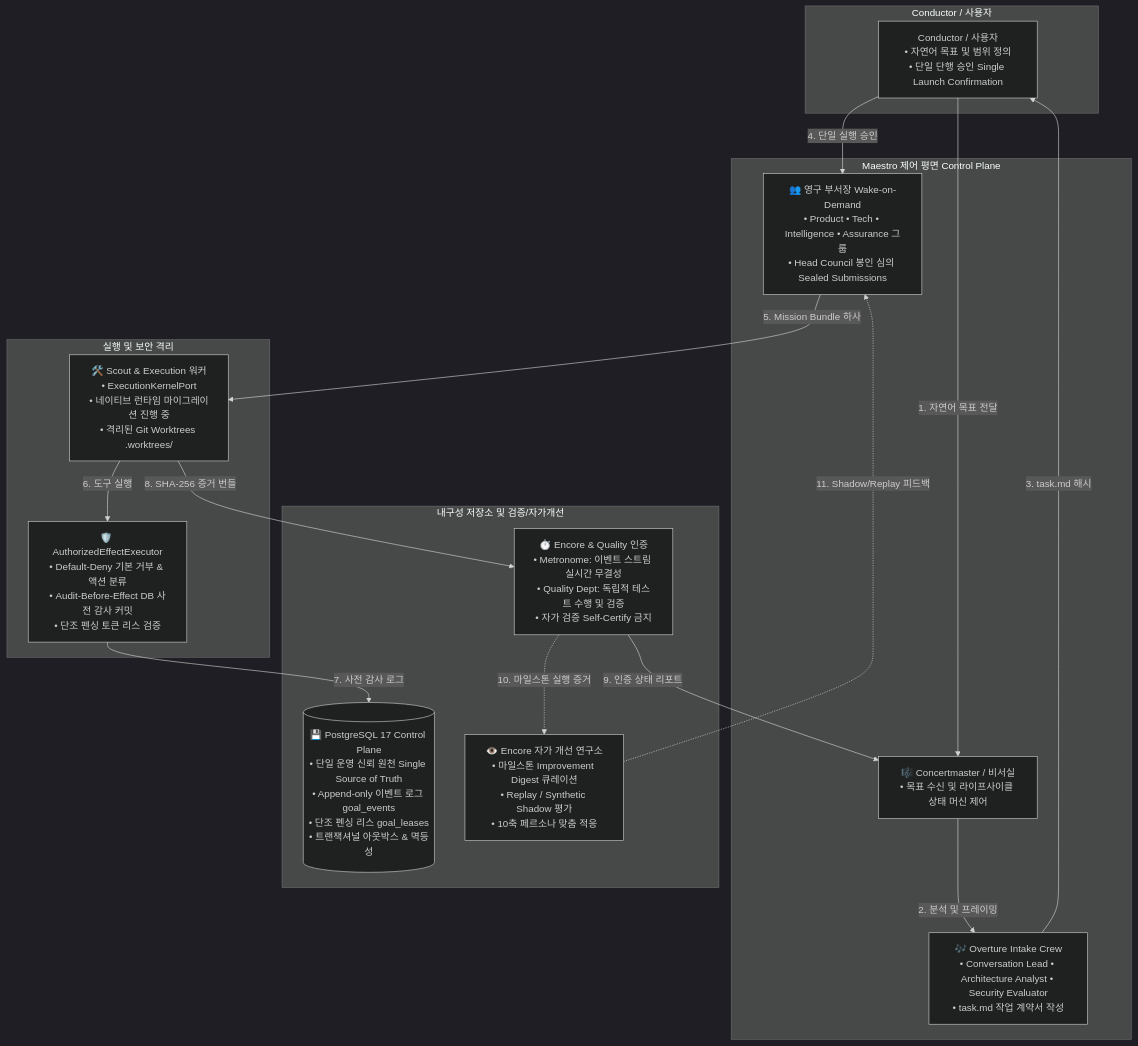
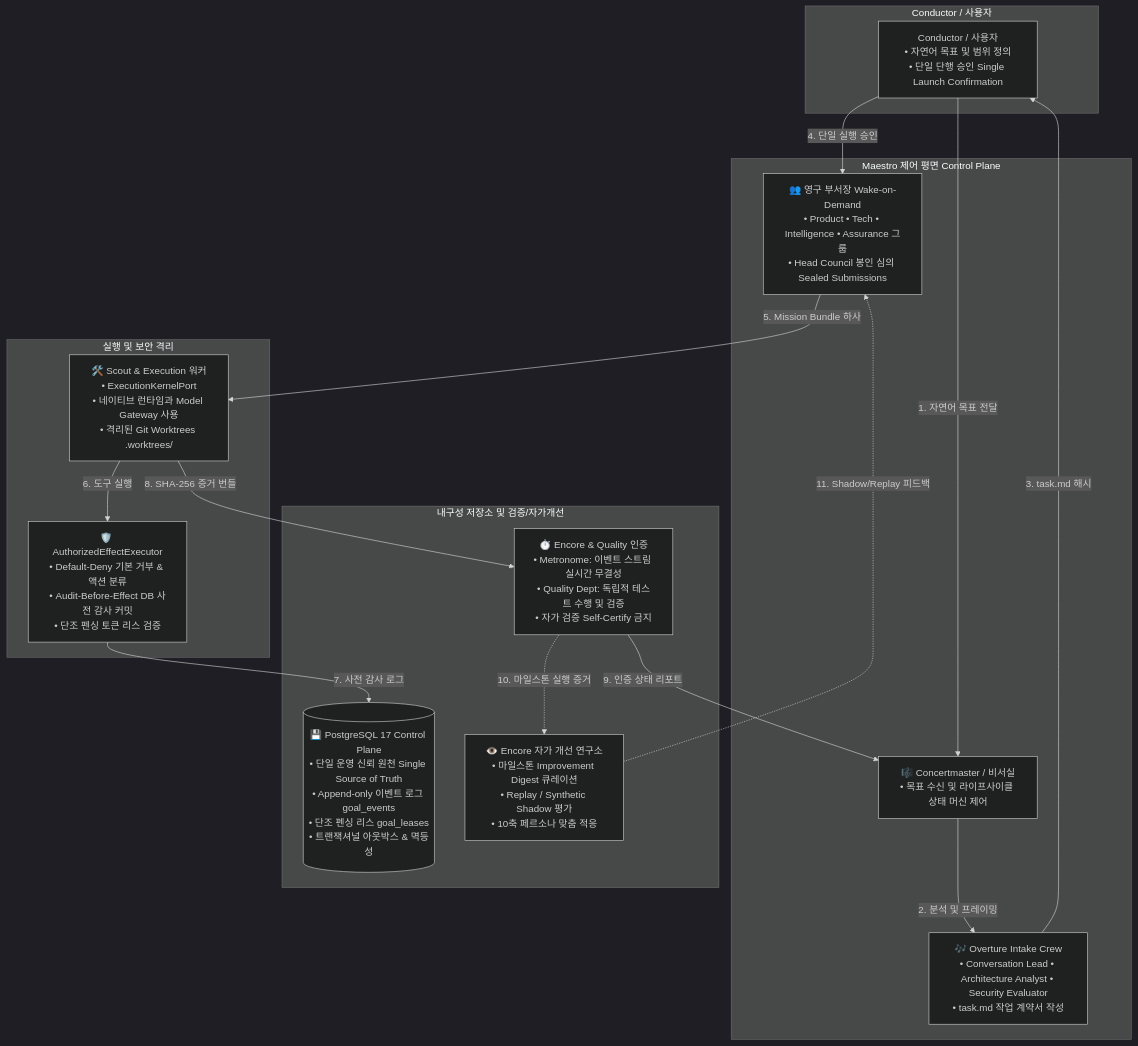
The diagram in docs/ko/01-system-overview.md (noth3dev/maestro), drawn with Mermaid (dark theme) before and after one commit. The commit also changed other lines of this file and 35 other files, not shown here.

````diff
--- a/docs/ko/01-system-overview.md
+++ b/docs/ko/01-system-overview.md
@@ -7,35 +7,35 @@
 ```mermaid
 flowchart TD
     subgraph UserLayer [Conductor / 사용자]
         CONDUCTOR[Conductor / 사용자<br/>• 자연어 목표 및 범위 정의<br/>• 단일 단행 승인 Single Launch Confirmation]
     end
 
     subgraph ControlPlaneLayer [Maestro 제어 평면 Control Plane]
         CONCERTMASTER[🎼 Concertmaster / 비서실<br/>• 목표 수신 및 라이프사이클 상태 머신 제어]
         OVERTURE[🎶 Overture Intake Crew<br/>• Conversation Lead • Architecture Analyst • Security Evaluator<br/>• task.md 작업 계약서 작성]
         DEPARTMENTS[👥 영구 부서장 Wake-on-Demand<br/>• Product • Tech • Intelligence • Assurance 그룹<br/>• Head Council 봉인 심의 Sealed Submissions]
     end
 
     subgraph ExecutionSecurityLayer [실행 및 보안 격리]
-        WORKERS[🛠️ Scout & Execution 워커<br/>• ExecutionKernelPort<br/>• 네이티브 런타임 마이그레이션 진행 중<br/>• 격리된 Git Worktrees .worktrees/ ]
+        WORKERS[🛠️ Scout & Execution 워커<br/>• ExecutionKernelPort<br/>• 네이티브 런타임과 Model Gateway 사용<br/>• 격리된 Git Worktrees .worktrees/ ]
         EXECUTOR[🛡️ AuthorizedEffectExecutor<br/>• Default-Deny 기본 거부 & 액션 분류<br/>• Audit-Before-Effect DB 사전 감사 커밋<br/>• 단조 펜싱 토큰 리스 검증]
     end
 
     subgraph PersistenceOversightLayer [내구성 저장소 및 검증/자가개선]
         ENCORE[⏱️ Encore & Quality 인증<br/>• Metronome: 이벤트 스트림 실시간 무결성<br/>• Quality Dept: 독립적 테스트 수행 및 검증<br/>• 자가 검증 Self-Certify 금지]
         POSTGRES[(💾 PostgreSQL 17 Control Plane<br/>• 단일 운영 신뢰 원천 Single Source of Truth<br/>• Append-only 이벤트 로그 goal_events<br/>• 단조 펜싱 리스 goal_leases<br/>• 트랜잭셔널 아웃박스 & 멱등성)]
         ENCORE_LAB[👁️ Encore 자가 개선 연구소<br/>• 마일스톤 Improvement Digest 큐레이션<br/>• Replay / Synthetic Shadow 평가<br/>• 10축 페르소나 맞춤 적응]
     end
 
     CONDUCTOR -->|1. 자연어 목표 전달| CONCERTMASTER
     CONCERTMASTER -->|2. 분석 및 프레이밍| OVERTURE
     OVERTURE -->|3. task.md 해시| CONDUCTOR
     CONDUCTOR -->|4. 단일 실행 승인| DEPARTMENTS
     DEPARTMENTS -->|5. Mission Bundle 하사| WORKERS
     WORKERS -->|6. 도구 실행| EXECUTOR
     EXECUTOR -->|7. 사전 감사 로그| POSTGRES
     WORKERS -->|8. SHA-256 증거 번들| ENCORE
     ENCORE -->|9. 인증 상태 리포트| CONCERTMASTER
     ENCORE -.->|10. 마일스톤 실행 증거| ENCORE_LAB
     ENCORE_LAB -.->|11. Shadow/Replay 피드백| DEPARTMENTS
 ```
````
